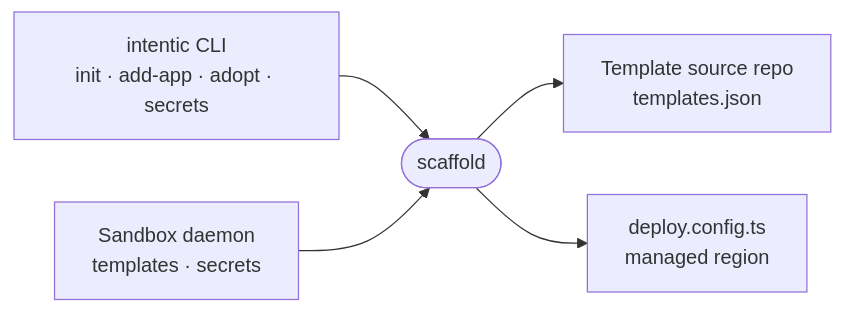
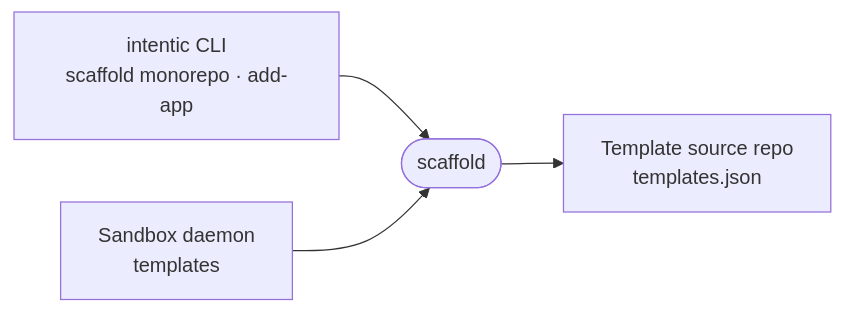
Before and after one commit to intentic/intentic: the diagram in _sandbox/scaffold/README.md, drawn with Mermaid. The commit also changed other lines of this file and 671 other files, not shown here.

First line of the commit message:
refactor(deploy): remove intentic deploy infrastructure and migrate CLI to sandbox

````diff
--- a/_sandbox/scaffold/README.md
+++ b/_sandbox/scaffold/README.md
@@ -5,7 +6,6 @@
 ```mermaid
 flowchart LR
-    cli["intentic CLI<br/>init · add-app · adopt · secrets"] --> scaffold(["scaffold"])
-    daemon["Sandbox daemon<br/>templates · secrets"] --> scaffold
+    cli["intentic CLI<br/>scaffold monorepo · add-app"] --> scaffold(["scaffold"])
+    daemon["Sandbox daemon<br/>templates"] --> scaffold
     scaffold --> source["Template source repo<br/>templates.json"]
-    scaffold --> config["deploy.config.ts<br/>managed region"]
 ```
````
